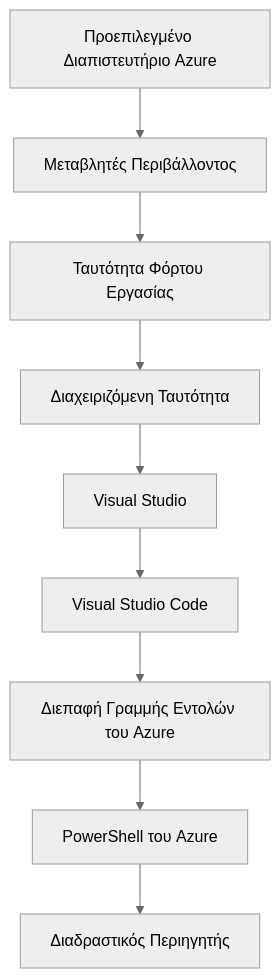
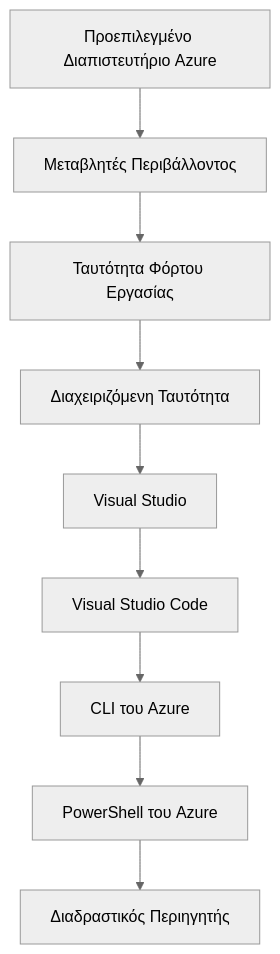
The second of 2 diagrams in translations/el/docs/chapter-01-foundation/azd-basics.md (microsoft/AZD-for-beginners), drawn with Mermaid (neutral theme) before and after one commit. The commit also changed other lines of this file and 101 other files, not shown here.

````diff
--- a/translations/el/docs/chapter-01-foundation/azd-basics.md
+++ b/translations/el/docs/chapter-01-foundation/azd-basics.md
@@ -593,11 +593,11 @@
 ```mermaid
 graph TD
     A[Προεπιλεγμένο Διαπιστευτήριο Azure] --> B[Μεταβλητές Περιβάλλοντος]
     B --> C[Ταυτότητα Φόρτου Εργασίας]
     C --> D[Διαχειριζόμενη Ταυτότητα]
     D --> E[Visual Studio]
     E --> F[Visual Studio Code]
-    F --> G[Διεπαφή Γραμμής Εντολών του Azure]
+    F --> G[CLI του Azure]
     G --> H[PowerShell του Azure]
     H --> I[Διαδραστικός Περιηγητής]
 ```
````
